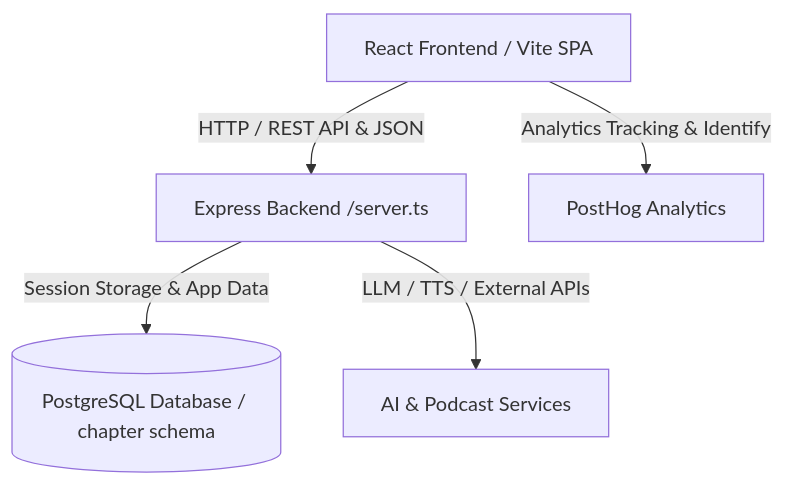
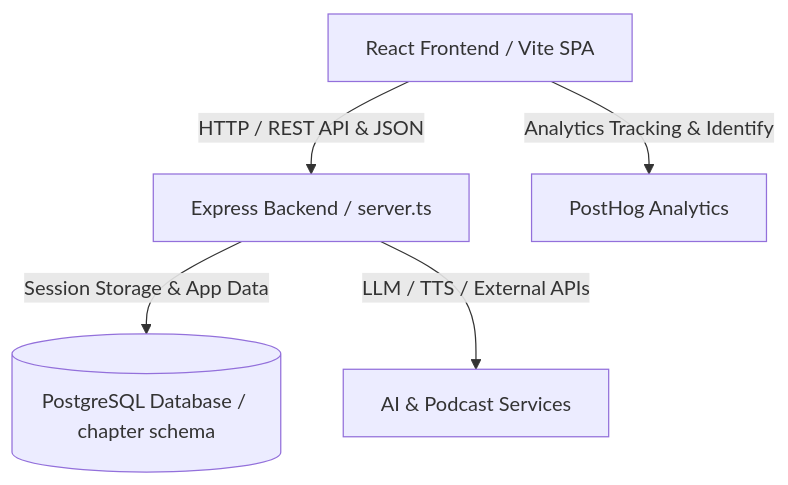
Before and after one commit to tuanhuytruong/chapter: the diagram in openwiki/architecture/overview.md, drawn with Mermaid. The commit also changed other lines of this file and 27 other files, not shown here.

````diff
--- a/openwiki/architecture/overview.md
+++ b/openwiki/architecture/overview.md
@@ -23,7 +31,7 @@
 ```mermaid
 flowchart TD
-    Client[React Frontend / Vite SPA] -->|HTTP / REST API & JSON| Server[Express Backend /server.ts]
+    Client[React Frontend / Vite SPA] -->|HTTP / REST API & JSON| Server[Express Backend / server.ts]
     Server -->|Session Storage & App Data| DB[(PostgreSQL Database / chapter schema)]
     Server -->|LLM / TTS / External APIs| AI[AI & Podcast Services]
     Client -->|Analytics Tracking & Identify| PH[PostHog Analytics]
 ```
````
